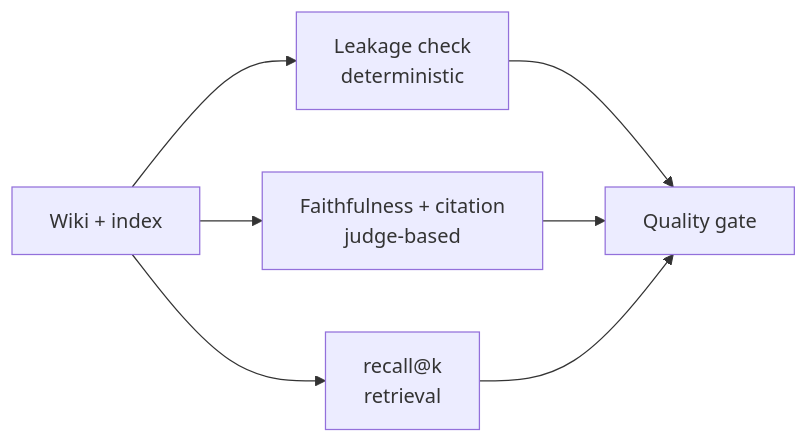
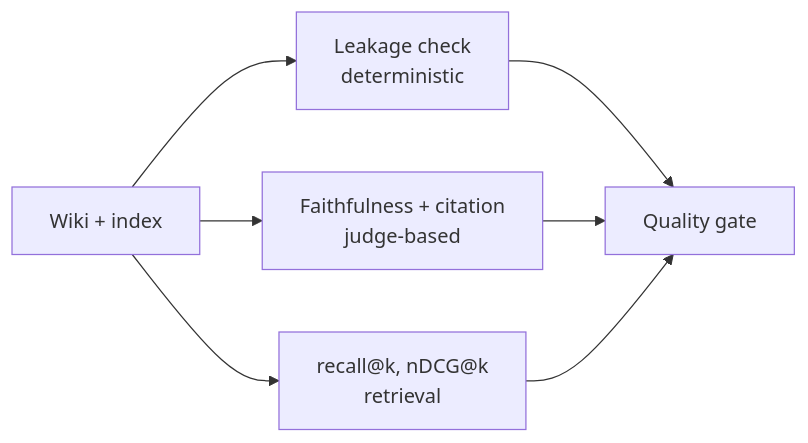
Before and after one commit to ameau01/itsm-knowledge-rag: the fourth of 5 diagrams in ARCHITECTURE.md, drawn with Mermaid. The commit also changed other lines of this file and 13 other files, not shown here.

````diff
--- a/ARCHITECTURE.md
+++ b/ARCHITECTURE.md
@@ -94,9 +94,9 @@
 ```mermaid
 flowchart LR
     W["Wiki + index"] --> LK["Leakage check<br/>deterministic"]
     W --> FT["Faithfulness + citation<br/>judge-based"]
-    W --> RT["recall@k<br/>retrieval"]
+    W --> RT["recall@k, nDCG@k<br/>retrieval"]
     LK --> GATE["Quality gate"]
     FT --> GATE
     RT --> GATE
 ```
````
